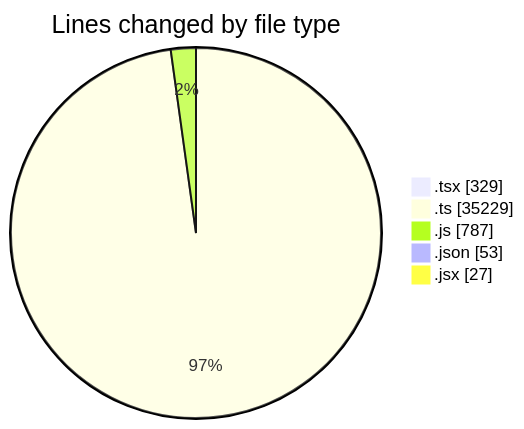
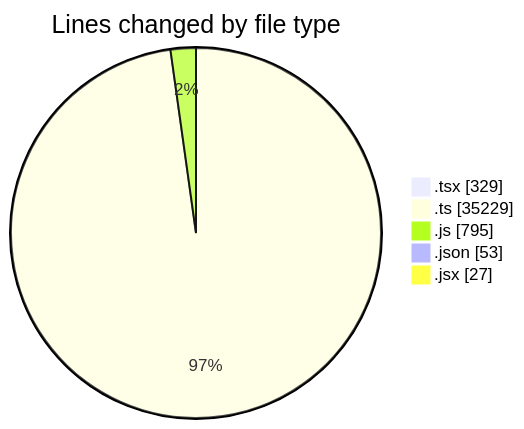
The first of 2 diagrams in 2025-12-17/cda/README.md (momahboobian/code-tracking), drawn with Mermaid before and after one commit. The commit also changed other lines of this file and 1 other file, not shown here.

````diff
--- a/2025-12-17/cda/README.md
+++ b/2025-12-17/cda/README.md
@@ -41,9 +41,9 @@
 ```mermaid
 pie showData
 title Lines changed by file type
 ".tsx" : 329
 ".ts" : 35229
-".js" : 787
+".js" : 795
 ".json" : 53
 ".jsx" : 27
 ```
````
